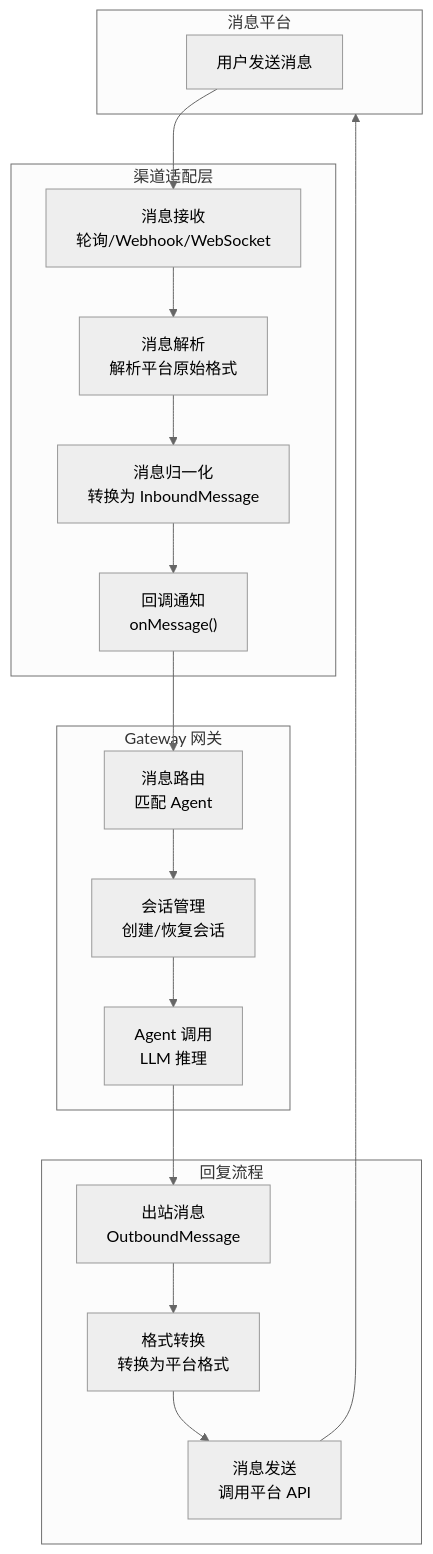
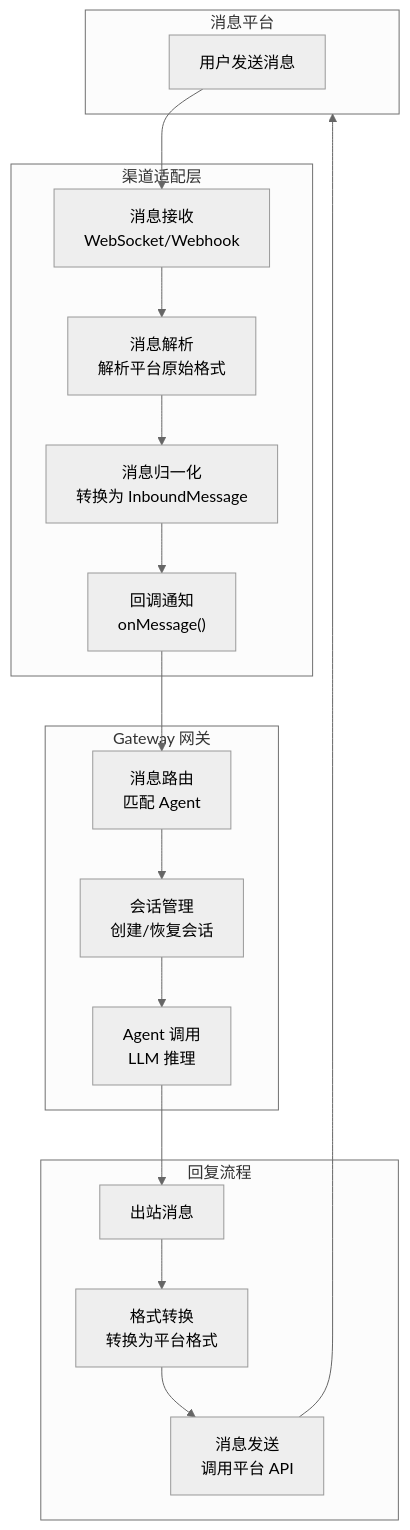
Before and after one commit to jdd-ndd/My-open-claw: the sixth of 10 diagrams in docs/04-Channels渠道模块.md, drawn with Mermaid (neutral theme). The commit also changed other lines of this file and 1913 other files, not shown here.

````diff
--- a/docs/04-Channels渠道模块.md
+++ b/docs/04-Channels渠道模块.md
@@ -2279,37 +1875,37 @@
 ```mermaid
 flowchart TB
     subgraph Platform["消息平台"]
         User["用户发送消息"]
     end
 
     subgraph Channel["渠道适配层"]
-        Receive["消息接收<br/>轮询/Webhook/WebSocket"]
+        Receive["消息接收<br/>WebSocket/Webhook"]
         Parse["消息解析<br/>解析平台原始格式"]
         Normalize["消息归一化<br/>转换为 InboundMessage"]
         Callback["回调通知<br/>onMessage()"]
     end
 
     subgraph Gateway["Gateway 网关"]
         Route["消息路由<br/>匹配 Agent"]
         Session["会话管理<br/>创建/恢复会话"]
         Agent["Agent 调用<br/>LLM 推理"]
     end
 
     subgraph Response["回复流程"]
-        Outbound["出站消息<br/>OutboundMessage"]
+        Outbound["出站消息"]
         Convert["格式转换<br/>转换为平台格式"]
         Send["消息发送<br/>调用平台 API"]
     end
 
     User --> Receive
     Receive --> Parse
     Parse --> Normalize
     Normalize --> Callback
     Callback --> Route
     Route --> Session
     Session --> Agent
     Agent --> Outbound
     Outbound --> Convert
     Convert --> Send
     Send --> Platform
 ```
````
